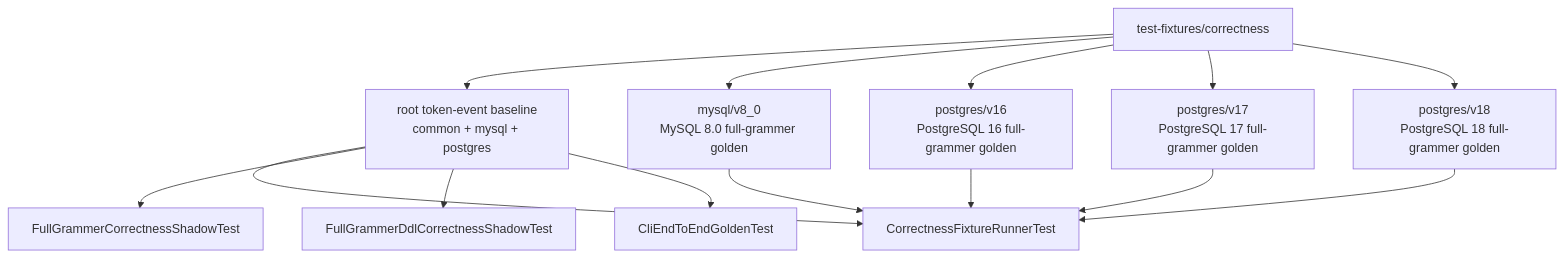
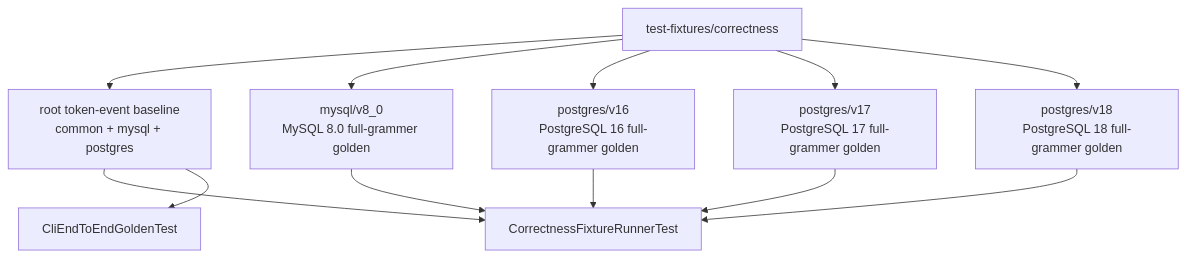
Before and after one commit to xiaoguang/relation-detector: the seventh of 7 diagrams in docs/design/relation-detector/phase-06-parser-enhancement.md, drawn with Mermaid. The commit also changed other lines of this file and 447 other files, not shown here.

````diff
--- a/docs/design/relation-detector/phase-06-parser-enhancement.md
+++ b/docs/design/relation-detector/phase-06-parser-enhancement.md
@@ -391,29 +390,25 @@
 ```mermaid
 flowchart TD
   fixtures["test-fixtures/correctness"]
   tokenRoot["root token-event baseline\ncommon + mysql + postgres"]
   mysql8["mysql/v8_0\nMySQL 8.0 full-grammer golden"]
   pg16["postgres/v16\nPostgreSQL 16 full-grammer golden"]
   pg17["postgres/v17\nPostgreSQL 17 full-grammer golden"]
   pg18["postgres/v18\nPostgreSQL 18 full-grammer golden"]
   runner["CorrectnessFixtureRunnerTest"]
-  shadowSql["FullGrammerCorrectnessShadowTest"]
-  shadowDdl["FullGrammerDdlCorrectnessShadowTest"]
   cliE2E["CliEndToEndGoldenTest"]
 
   fixtures --> tokenRoot
   fixtures --> mysql8
   fixtures --> pg16
   fixtures --> pg17
   fixtures --> pg18
 
   tokenRoot --> runner
   mysql8 --> runner
   pg16 --> runner
   pg17 --> runner
   pg18 --> runner
 
-  tokenRoot --> shadowSql
-  tokenRoot --> shadowDdl
   tokenRoot --> cliE2E
 ```
````
